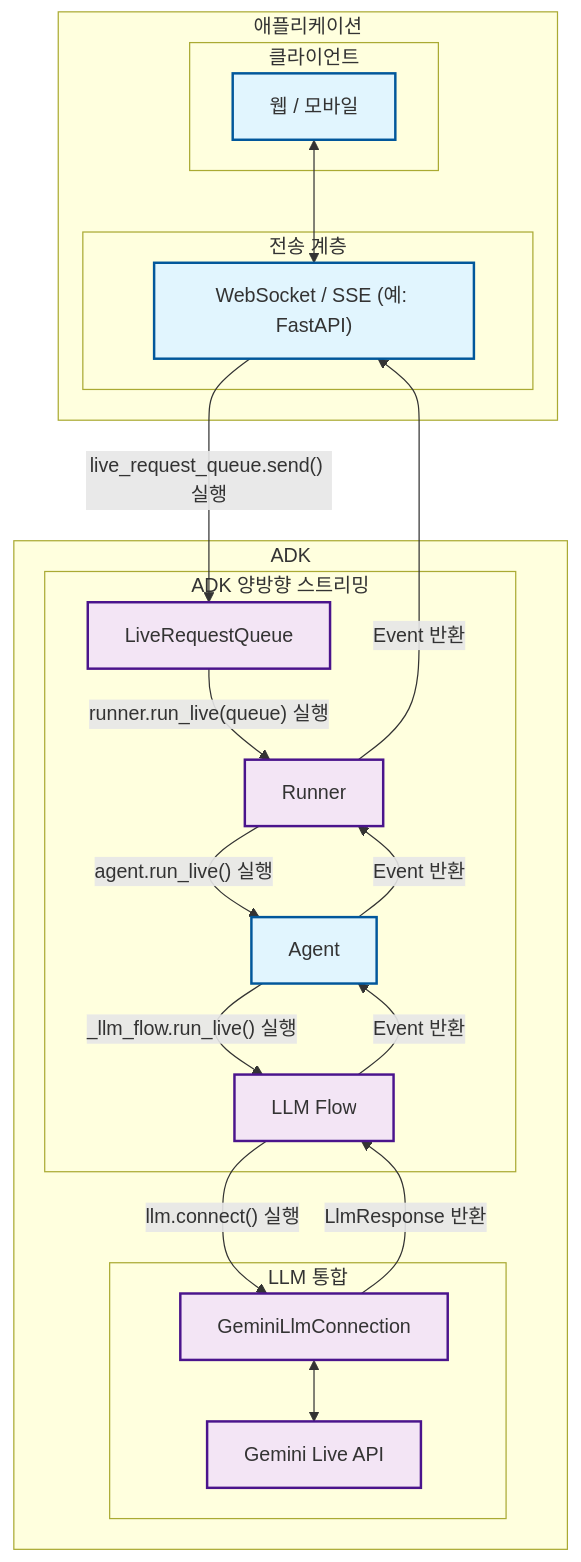
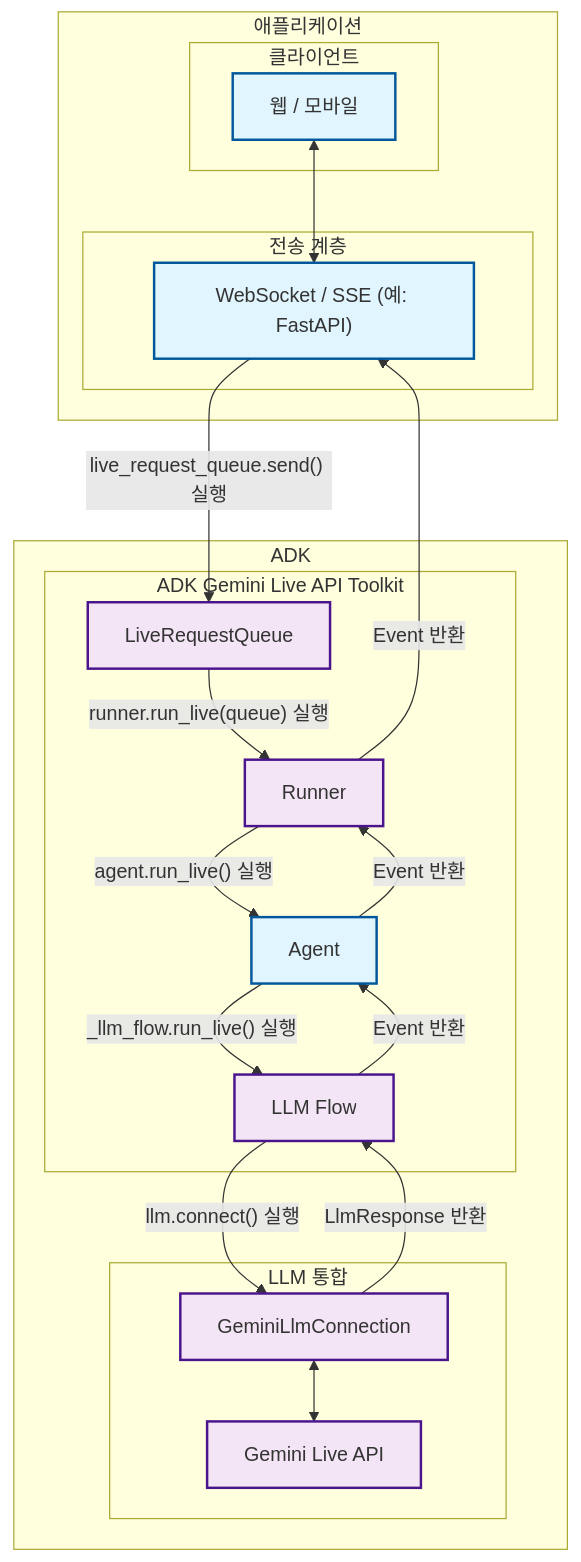
Before and after one commit to adk-labs/adk-docs: the second of 2 diagrams in docs/ko/streaming/dev-guide/part1.md, drawn with Mermaid. The commit also changed other lines of this file and 20 other files, not shown here.

````diff
--- a/docs/ko/streaming/dev-guide/part1.md
+++ b/docs/ko/streaming/dev-guide/part1.md
@@ -102,44 +102,44 @@
 ```mermaid
 graph TB
     subgraph "애플리케이션"
         subgraph "클라이언트"
             C1["웹 / 모바일"]
         end
 
         subgraph "전송 계층"
             T1["WebSocket / SSE (예: FastAPI)"]
         end
     end
 
     subgraph "ADK"
-        subgraph "ADK 양방향 스트리밍"
+        subgraph "ADK Gemini Live API Toolkit"
             L1[LiveRequestQueue]
             L2[Runner]
             L3[Agent]
             L4[LLM Flow]
         end
 
         subgraph "LLM 통합"
             G1[GeminiLlmConnection]
             G2[Gemini Live API]
         end
     end
 
     C1 <--> T1
     T1 -->|"live_request_queue.send() 실행"| L1
     L1 -->|"runner.run_live(queue) 실행"| L2
     L2 -->|"agent.run_live() 실행"| L3
     L3 -->|"_llm_flow.run_live() 실행"| L4
     L4 -->|"llm.connect() 실행"| G1
     G1 <--> G2
     G1 -->|"LlmResponse 반환"| L4
     L4 -->|"Event 반환"| L3
     L3 -->|"Event 반환"| L2
     L2 -->|"Event 반환"| T1
 
     classDef external fill:#e1f5fe,stroke:#01579b,stroke-width:2px
     classDef adk fill:#f3e5f5,stroke:#4a148c,stroke-width:2px
 
     class C1,T1,L3 external
     class L1,L2,L4,G1,G2 adk
 ```
````
